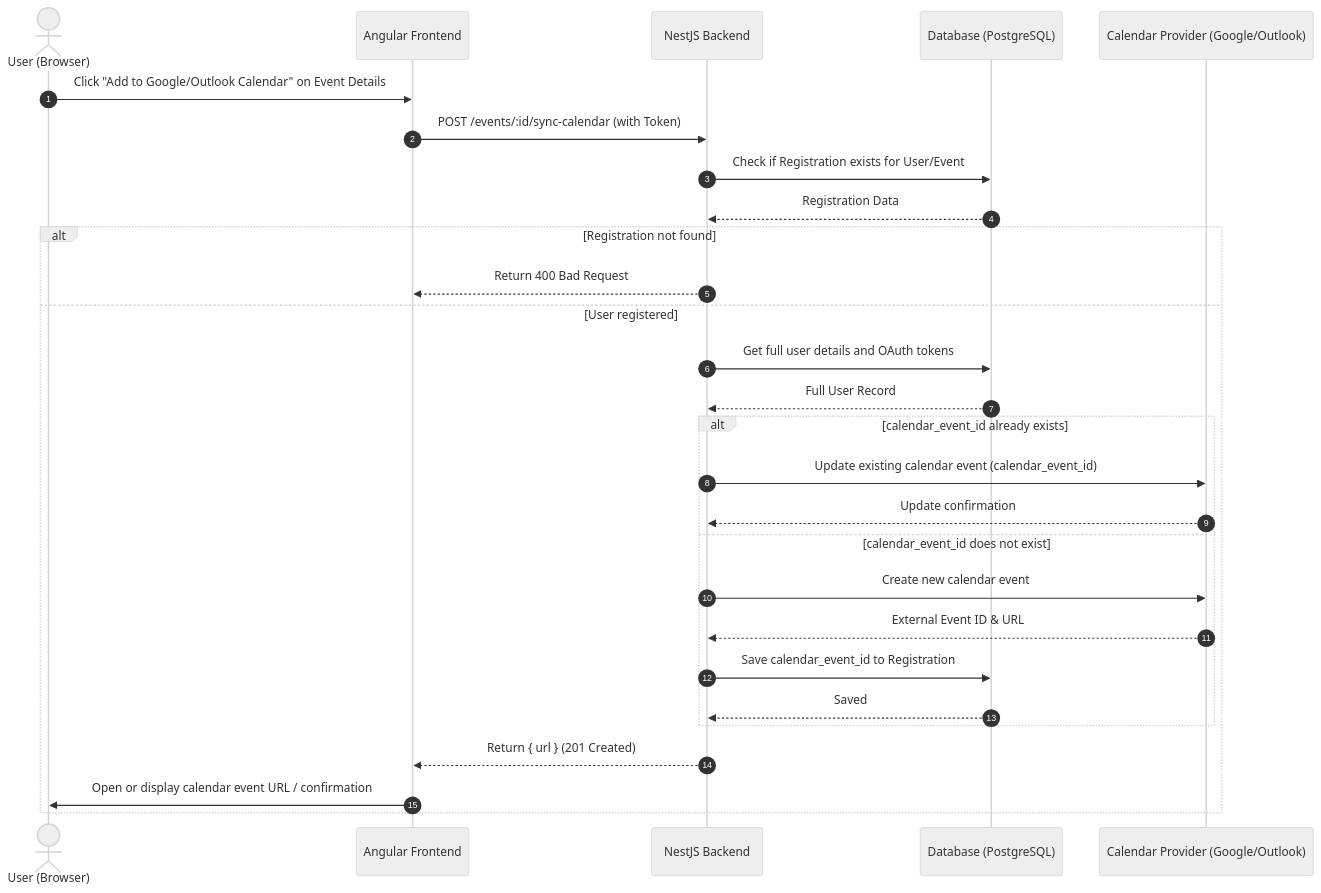
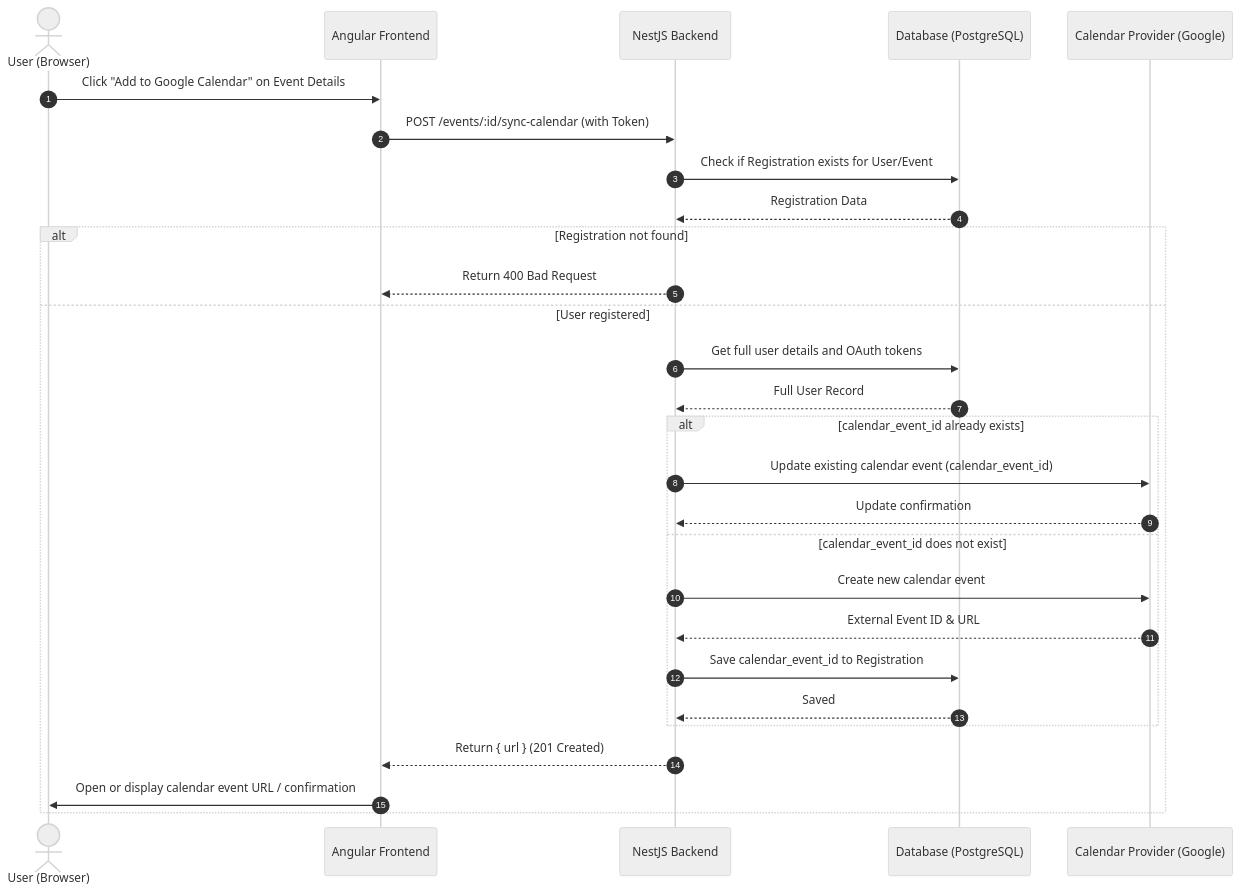
The third of 3 diagrams in README.md (Catriel42/events-manager-jalau), drawn with Mermaid (neutral theme) before and after one commit. The commit also changed other lines of this file and 1 other file, not shown here.

Commit message:
docs: remove Microsoft and Outlook references

````diff
--- a/README.md
+++ b/README.md
@@ -102,31 +102,31 @@
 ```mermaid
 sequenceDiagram
   autonumber
   actor User as User (Browser)
   participant UI as Angular Frontend
   participant API as NestJS Backend
   participant DB as Database (PostgreSQL)
-  participant Provider as Calendar Provider (Google/Outlook)
+  participant Provider as Calendar Provider (Google)
 
-  User->>UI: Click "Add to Google/Outlook Calendar" on Event Details
+  User->>UI: Click "Add to Google Calendar" on Event Details
   UI->>API: POST /events/:id/sync-calendar (with Token)
   API->>DB: Check if Registration exists for User/Event
   DB-->>API: Registration Data
   alt Registration not found
       API-->>UI: Return 400 Bad Request
   else User registered
       API->>DB: Get full user details and OAuth tokens
       DB-->>API: Full User Record
       alt calendar_event_id already exists
           API->>Provider: Update existing calendar event (calendar_event_id)
           Provider-->>API: Update confirmation
       else calendar_event_id does not exist
           API->>Provider: Create new calendar event
           Provider-->>API: External Event ID & URL
           API->>DB: Save calendar_event_id to Registration
           DB-->>API: Saved
       end
       API-->>UI: Return { url } (201 Created)
       UI->>User: Open or display calendar event URL / confirmation
   end
 ```
````
